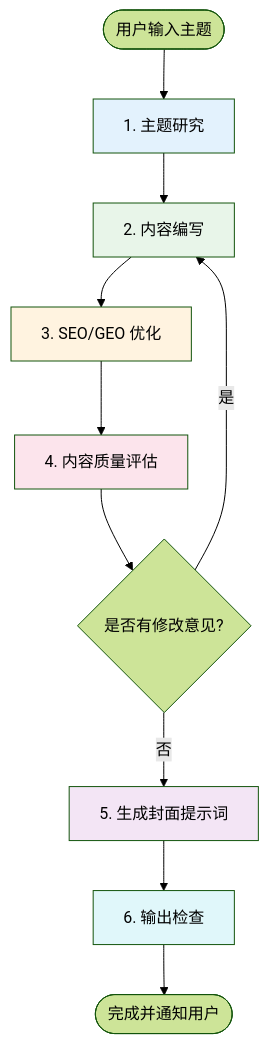
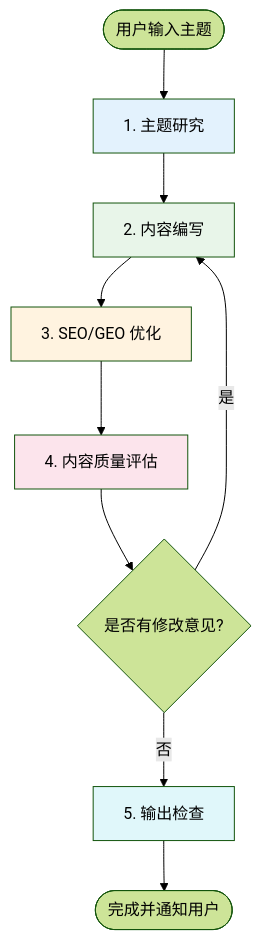
The first of 3 diagrams in .agent/workflows/blog-generator.md (yjiace/course_slidev), drawn with Mermaid (forest theme) before and after one commit. The commit also changed other lines of this file and 2 other files, not shown here.

````diff
--- a/.agent/workflows/blog-generator.md
+++ b/.agent/workflows/blog-generator.md
@@ -12,19 +12,17 @@
 ```mermaid
 flowchart TD
     Start([用户输入主题]) --> Step1[1. 主题研究]
     Step1 --> Step2[2. 内容编写]
     Step2 --> Step3[3. SEO/GEO 优化]
     Step3 --> Step4[4. 内容质量评估]
     Step4 --> Check{是否有修改意见?}
     Check -->|是| Step2
-    Check -->|否| Step5[5. 生成封面提示词]
-    Step5 --> Step6[6. 输出检查]
-    Step6 --> End([完成并通知用户])
+    Check -->|否| Step5[5. 输出检查]
+    Step5 --> End([完成并通知用户])
     
     style Step1 fill:#e3f2fd
     style Step2 fill:#e8f5e9
     style Step3 fill:#fff3e0
     style Step4 fill:#fce4ec
-    style Step5 fill:#f3e5f5
-    style Step6 fill:#e0f7fa
+    style Step5 fill:#e0f7fa
 ```
````
